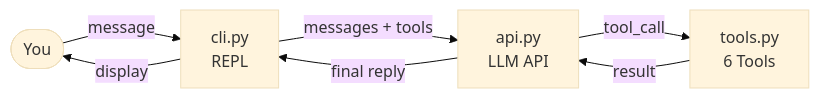
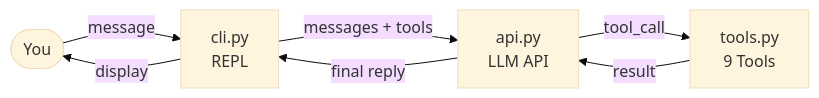
Before and after one commit to sundl123/miniclaw: the diagram in README.md, drawn with Mermaid (base theme). The commit also changed other lines of this file and 3 other files, not shown here.

````diff
--- a/README.md
+++ b/README.md
@@ -88,9 +91,9 @@
 ```mermaid
 flowchart LR
     User([You]) -->|message| REPL[cli.py<br>REPL]
     REPL -->|messages + tools| LLM[api.py<br>LLM API]
-    LLM -->|tool_call| Tools[tools.py<br>6 Tools]
+    LLM -->|tool_call| Tools[tools.py<br>9 Tools]
     Tools -->|result| LLM
     LLM -->|final reply| REPL
     REPL -->|display| User
 ```
````
